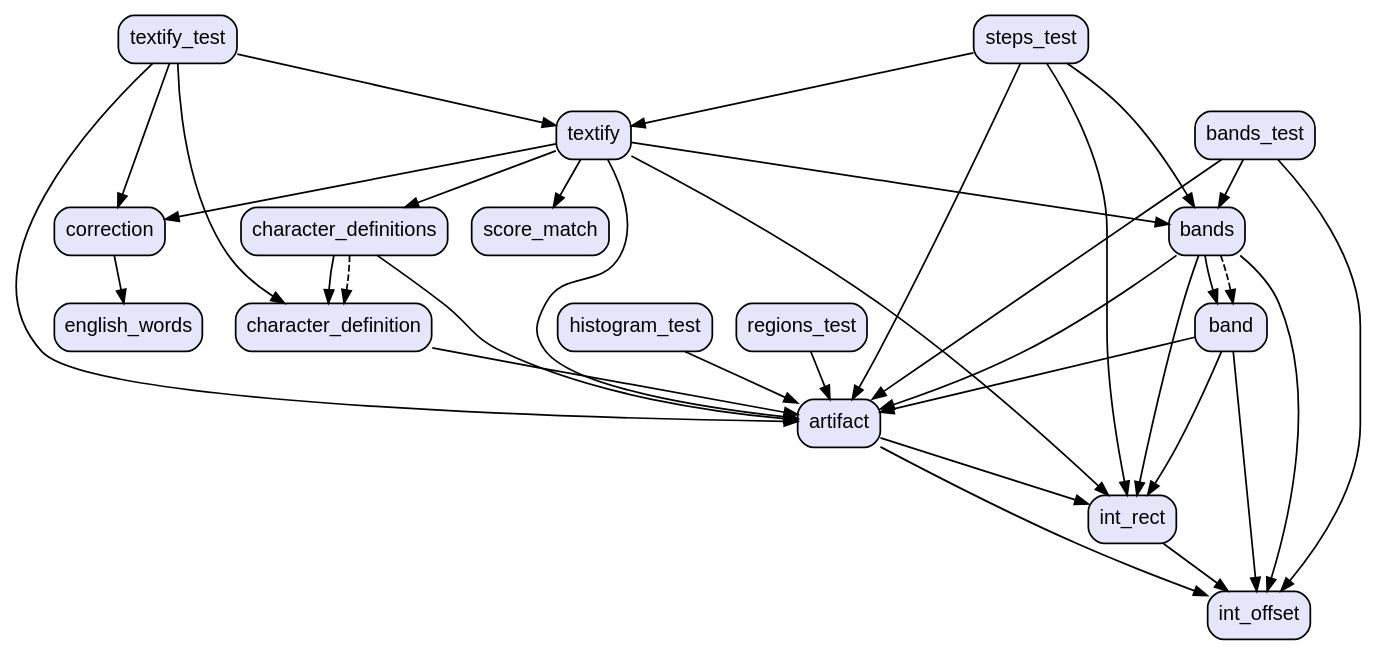
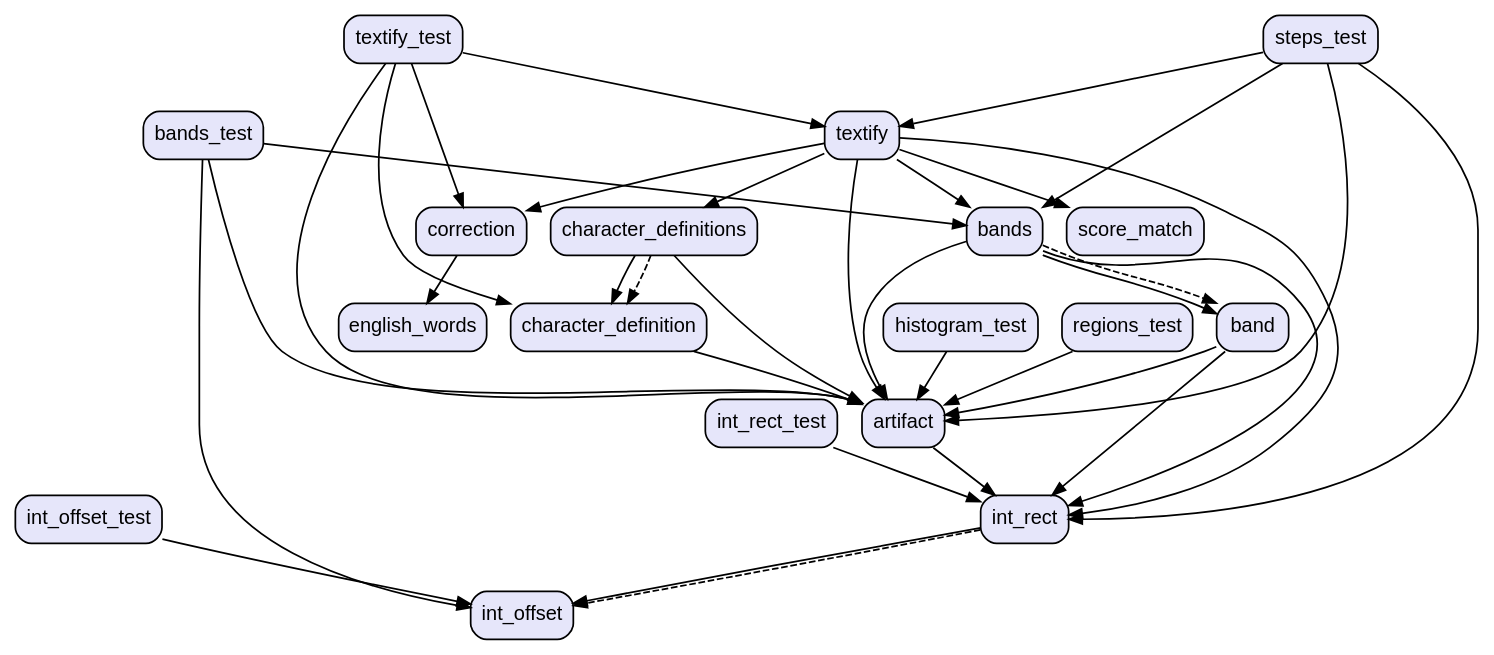
One commit to vteam-com/TEXTify changed the diagram in graph.dot. Above: the diagram before and after it, drawn with Graphviz. The commit also changed 10 other files, not shown here.

```diff
--- a/graph.dot
+++ b/graph.dot
@@ -1,56 +1,58 @@
 digraph "" {
   graph [style=rounded fontname="Arial Black" fontsize=13 penwidth=2.6];
   node [shape=rect style="filled,rounded" fontname=Arial fontsize=15 fillcolor=Lavender penwidth=1.3];
   edge [penwidth=1.3];
+  "/test/int_offset_test.dart" [label="int_offset_test"];
+  "/test/int_rect_test.dart" [label="int_rect_test"];
   "/test/textify_test.dart" [label="textify_test"];
   "/test/bands_test.dart" [label="bands_test"];
   "/test/histogram_test.dart" [label="histogram_test"];
   "/test/regions_test.dart" [label="regions_test"];
   "/test/steps_test.dart" [label="steps_test"];
   "/lib/band.dart" [label="band"];
   "/lib/artifact.dart" [label="artifact"];
   "/lib/score_match.dart" [label="score_match"];
   "/lib/character_definition.dart" [label="character_definition"];
   "/lib/int_rect.dart" [label="int_rect"];
   "/lib/textify.dart" [label="textify"];
   "/lib/character_definitions.dart" [label="character_definitions"];
   "/lib/correction.dart" [label="correction"];
   "/lib/english_words.dart" [label="english_words"];
   "/lib/int_offset.dart" [label="int_offset"];
   "/lib/bands.dart" [label="bands"];
+  "/test/int_offset_test.dart" -> "/lib/int_offset.dart";
+  "/test/int_rect_test.dart" -> "/lib/int_rect.dart";
   "/test/textify_test.dart" -> "/lib/artifact.dart";
   "/test/textify_test.dart" -> "/lib/character_definition.dart";
   "/test/textify_test.dart" -> "/lib/correction.dart";
   "/test/textify_test.dart" -> "/lib/textify.dart";
   "/test/bands_test.dart" -> "/lib/artifact.dart";
   "/test/bands_test.dart" -> "/lib/bands.dart";
   "/test/bands_test.dart" -> "/lib/int_offset.dart";
   "/test/histogram_test.dart" -> "/lib/artifact.dart";
   "/test/regions_test.dart" -> "/lib/artifact.dart";
   "/test/steps_test.dart" -> "/lib/artifact.dart";
   "/test/steps_test.dart" -> "/lib/bands.dart";
   "/test/steps_test.dart" -> "/lib/int_rect.dart";
   "/test/steps_test.dart" -> "/lib/textify.dart";
   "/lib/band.dart" -> "/lib/artifact.dart";
-  "/lib/band.dart" -> "/lib/int_offset.dart";
   "/lib/band.dart" -> "/lib/int_rect.dart";
-  "/lib/artifact.dart" -> "/lib/int_offset.dart";
   "/lib/artifact.dart" -> "/lib/int_rect.dart";
   "/lib/character_definition.dart" -> "/lib/artifact.dart";
   "/lib/int_rect.dart" -> "/lib/int_offset.dart";
+  "/lib/int_rect.dart" -> "/lib/int_offset.dart" [style=dashed];
   "/lib/textify.dart" -> "/lib/artifact.dart";
   "/lib/textify.dart" -> "/lib/bands.dart";
   "/lib/textify.dart" -> "/lib/character_definitions.dart";
   "/lib/textify.dart" -> "/lib/correction.dart";
   "/lib/textify.dart" -> "/lib/int_rect.dart";
   "/lib/textify.dart" -> "/lib/score_match.dart";
   "/lib/character_definitions.dart" -> "/lib/artifact.dart";
   "/lib/character_definitions.dart" -> "/lib/character_definition.dart";
   "/lib/character_definitions.dart" -> "/lib/character_definition.dart" [style=dashed];
   "/lib/correction.dart" -> "/lib/english_words.dart";
   "/lib/bands.dart" -> "/lib/artifact.dart";
   "/lib/bands.dart" -> "/lib/band.dart";
-  "/lib/bands.dart" -> "/lib/int_offset.dart";
   "/lib/bands.dart" -> "/lib/int_rect.dart";
   "/lib/bands.dart" -> "/lib/band.dart" [style=dashed];
 }
```
